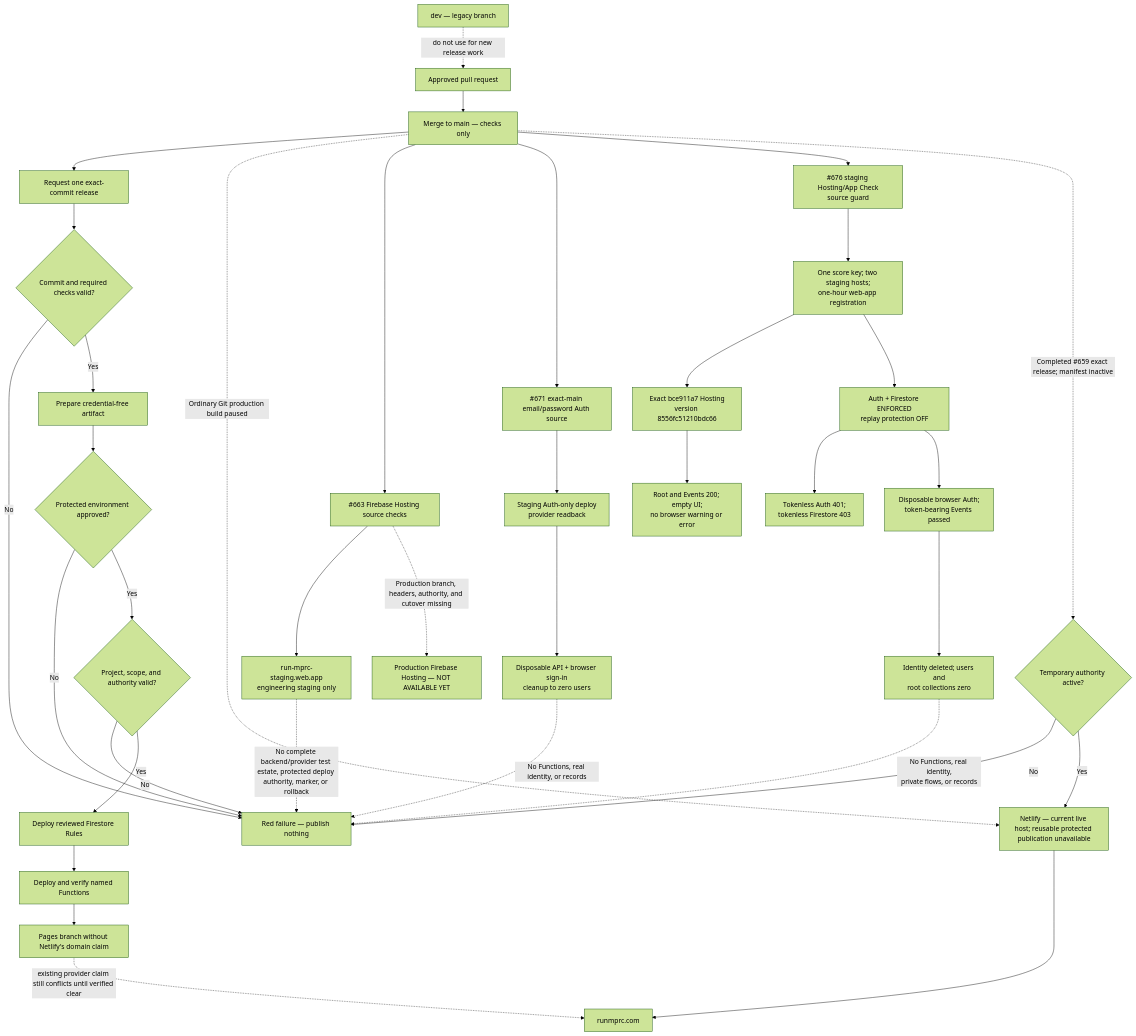
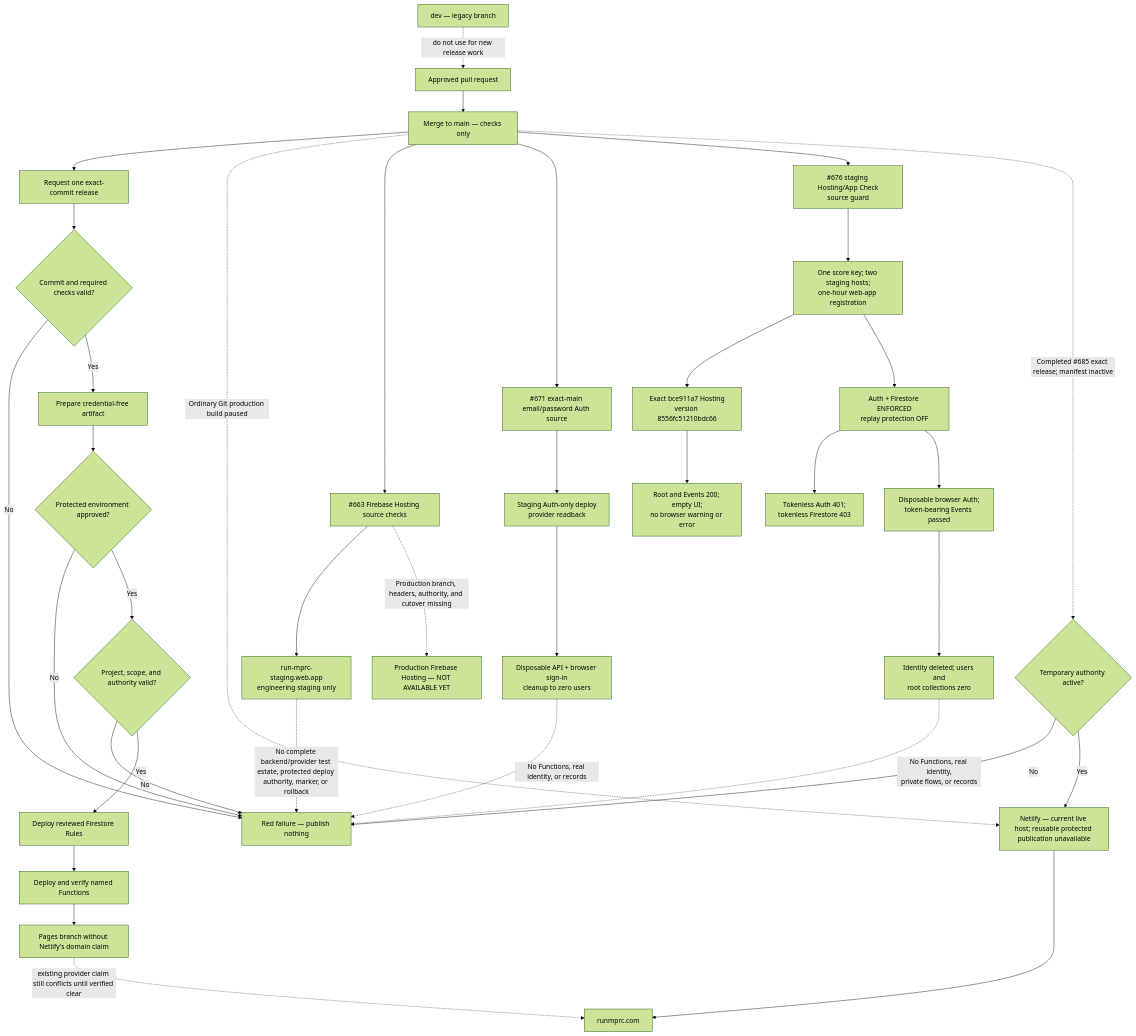
The fourth of 10 diagrams in docs/officers/SYSTEM_MAPS.md (Run-MPRC/Run-MPRC.github.io), drawn with Mermaid (forest theme) before and after one commit. The commit also changed other lines of this file and 13 other files, not shown here.

````diff
--- a/docs/officers/SYSTEM_MAPS.md
+++ b/docs/officers/SYSTEM_MAPS.md
@@ -74,39 +74,39 @@
 ```mermaid
 flowchart TD
     PR["Approved pull request"] --> Main["Merge to main — checks only"]
     Main --> Request["Request one exact-commit release"]
     Request --> Preflight{"Commit and required checks valid?"}
     Preflight -- "No" --> Stop["Red failure — publish nothing"]
     Preflight -- "Yes" --> Prepare["Prepare credential-free artifact"]
     Prepare --> Approval{"Protected environment approved?"}
     Approval -- "No" --> Stop
     Approval -- "Yes" --> Gate{"Project, scope, and authority valid?"}
     Gate -- "No" --> Stop
     Gate -- "Yes" --> Rules["Deploy reviewed Firestore Rules"]
     Rules --> Functions["Deploy and verify named Functions"]
     Functions --> Pages["Pages branch without Netlify's domain claim"]
     Main -. "Ordinary Git production build paused" .-> Netlify
     Main --> HostingSource["#663 Firebase Hosting source checks"]
     HostingSource --> StagingHosting["run-mprc-staging.web.app\nengineering staging only"]
     Main --> AuthSource["#671 exact-main email/password Auth source"]
     AuthSource --> StagingAuth["Staging Auth-only deploy\nprovider readback"]
     StagingAuth --> AuthProof["Disposable API + browser sign-in\ncleanup to zero users"]
     Main --> AppCheckGuard["#676 staging Hosting/App Check\nsource guard"]
     AppCheckGuard --> AppCheckProvider["One score key; two staging hosts;\none-hour web-app registration"]
     AppCheckProvider --> AppCheckHosting["Exact bce911a7 Hosting\nversion 8556fc51210bdc66"]
     AppCheckProvider --> AppCheckEnforce["Auth + Firestore ENFORCED\nreplay protection OFF"]
     AppCheckHosting --> AppCheckPublicProof["Root and Events 200; empty UI;\nno browser warning or error"]
     AppCheckEnforce --> AppCheckDeny["Tokenless Auth 401;\ntokenless Firestore 403"]
     AppCheckEnforce --> AppCheckBrowser["Disposable browser Auth;\ntoken-bearing Events passed"]
     AppCheckBrowser --> AppCheckCleanup["Identity deleted; users and\nroot collections zero"]
     AppCheckCleanup -. "No Functions, real identity,\nprivate flows, or records" .-> Stop
     AuthProof -. "No Functions, real identity, or records" .-> Stop
     StagingHosting -. "No complete backend/provider test estate, protected deploy authority, marker, or rollback" .-> Stop
     HostingSource -. "Production branch, headers, authority, and cutover missing" .-> FutureHosting["Production Firebase Hosting — NOT AVAILABLE YET"]
-    Main -. "Completed #659 exact release; manifest inactive" .-> WebGate{"Temporary authority active?"}
+    Main -. "Completed #685 exact release; manifest inactive" .-> WebGate{"Temporary authority active?"}
     WebGate -- "No" --> Stop
     WebGate -- "Yes" --> Netlify
     Netlify["Netlify — current live host; reusable protected publication unavailable"] --> Live["runmprc.com"]
     Pages -. "existing provider claim still conflicts until verified clear" .-> Live
     Dev["dev — legacy branch"] -. "do not use for new release work" .-> PR
 ```
````
